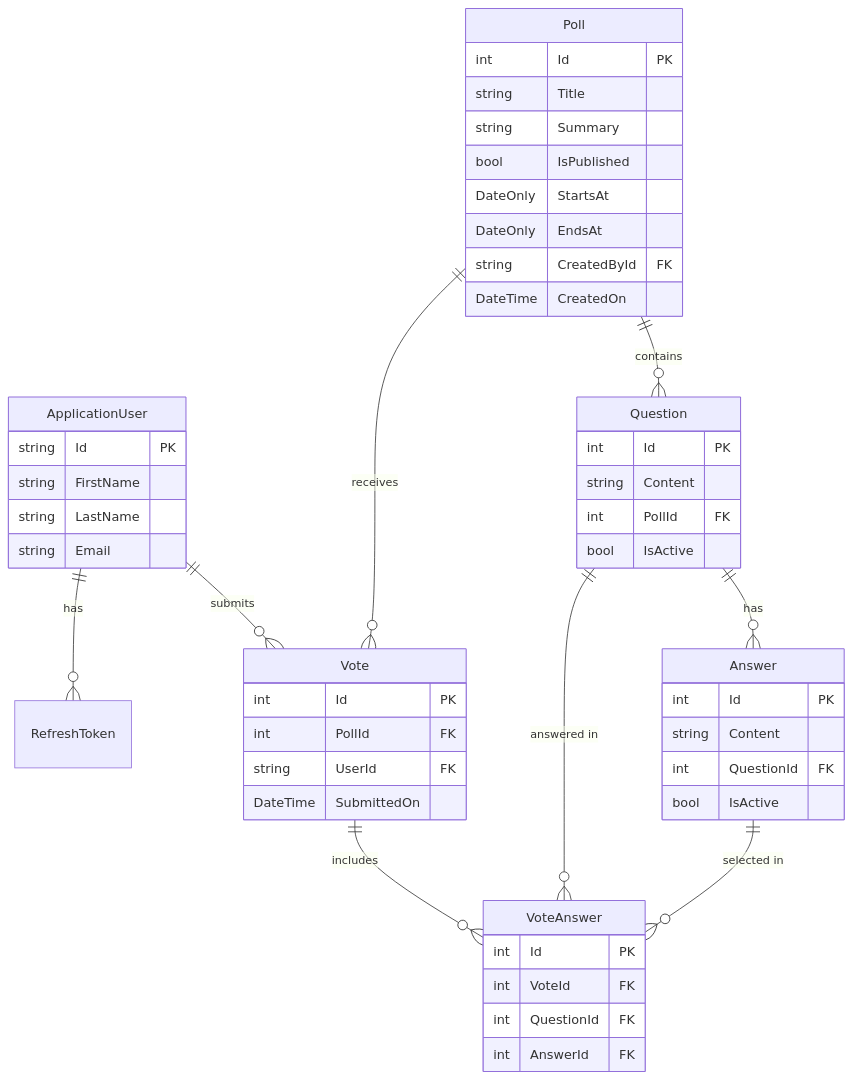
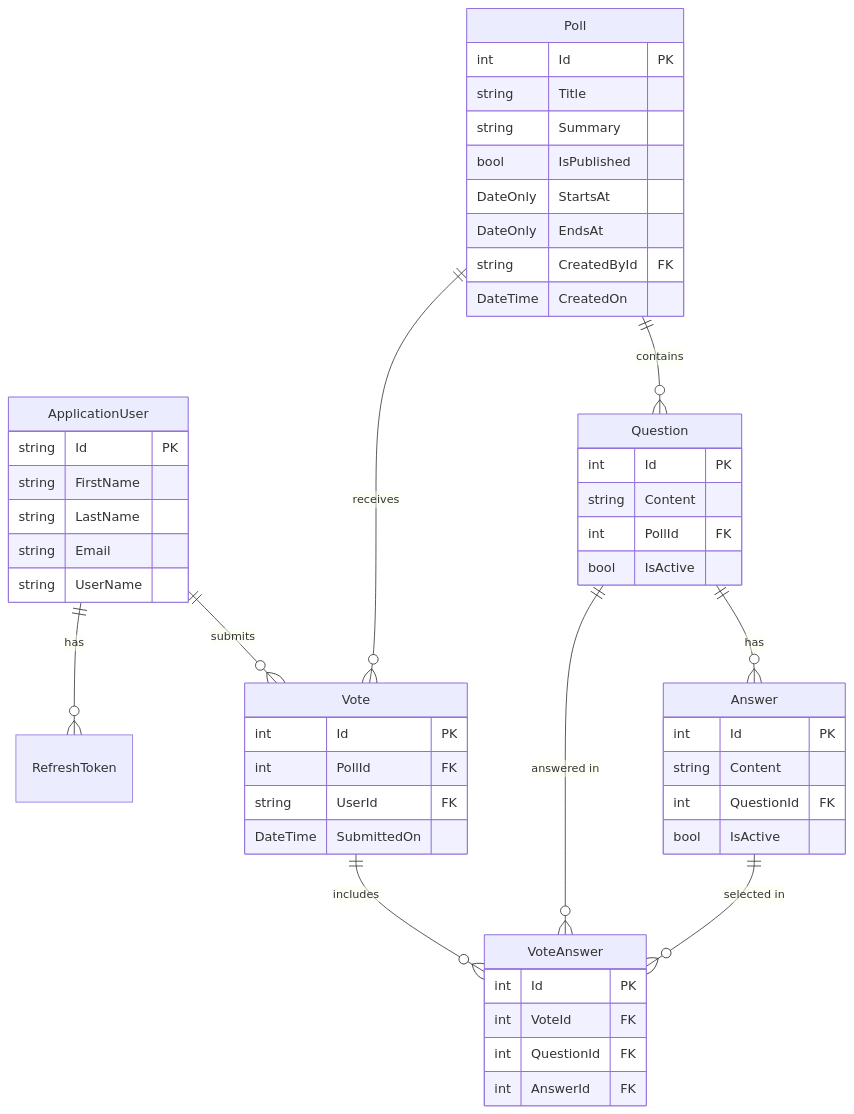
Before and after one commit to Yousry-Abdelrazek/SurveyBasket: the diagram in README.md, drawn with Mermaid. The commit also changed other lines of this file, not shown here.

````diff
--- a/README.md
+++ b/README.md
@@ -583,57 +695,58 @@
 ```mermaid
 erDiagram
     ApplicationUser ||--o{ Vote : submits
     ApplicationUser ||--o{ RefreshToken : has
     Poll ||--o{ Question : contains
     Poll ||--o{ Vote : receives
     Question ||--o{ Answer : has
     Question ||--o{ VoteAnswer : "answered in"
     Vote ||--o{ VoteAnswer : includes
     Answer ||--o{ VoteAnswer : "selected in"
 
     ApplicationUser {
         string Id PK
         string FirstName
         string LastName
         string Email
+        string UserName
     }
 
     Poll {
         int Id PK
         string Title
         string Summary
         bool IsPublished
         DateOnly StartsAt
         DateOnly EndsAt
         string CreatedById FK
         DateTime CreatedOn
     }
 
     Question {
         int Id PK
         string Content
         int PollId FK
         bool IsActive
     }
 
     Answer {
         int Id PK
         string Content
         int QuestionId FK
         bool IsActive
     }
 
     Vote {
         int Id PK
         int PollId FK
         string UserId FK
         DateTime SubmittedOn
     }
 
     VoteAnswer {
         int Id PK
         int VoteId FK
         int QuestionId FK
         int AnswerId FK
     }
 ```
````
